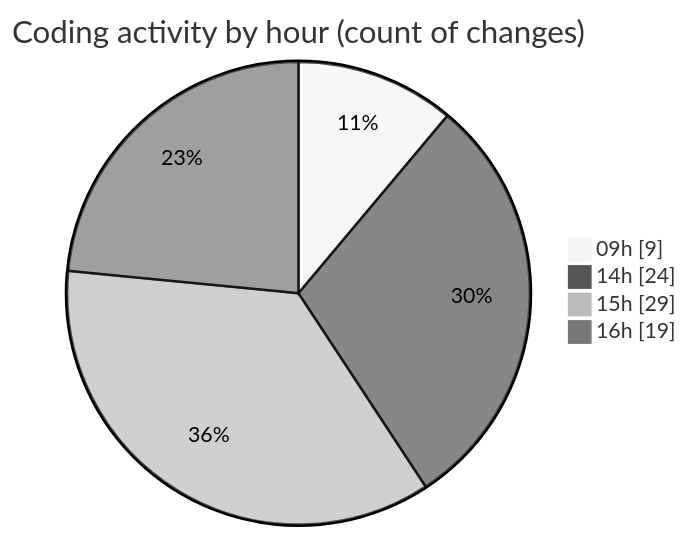
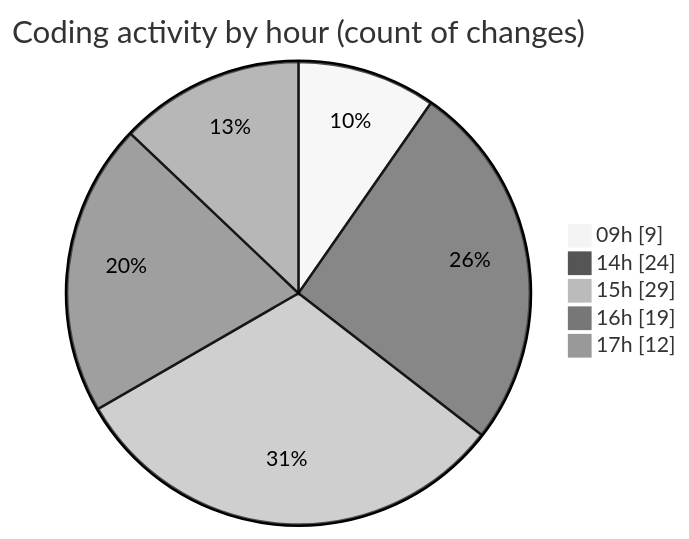
One commit to julien-gomy/code-tracking changed the second of 2 diagrams in 2025-11-25/eventscop-frontend-guide__workspace_/README.md. Above: the diagram before and after it, drawn with Mermaid (neutral theme). The commit also changed other lines of this file and 1 other file, not shown here.

````diff
--- a/2025-11-25/eventscop-frontend-guide__workspace_/README.md
+++ b/2025-11-25/eventscop-frontend-guide__workspace_/README.md
@@ -46,8 +46,9 @@
 ```mermaid
 pie showData
 title Coding activity by hour (count of changes)
 "09h" : 9
 "14h" : 24
 "15h" : 29
 "16h" : 19
+"17h" : 12
 ```
````
